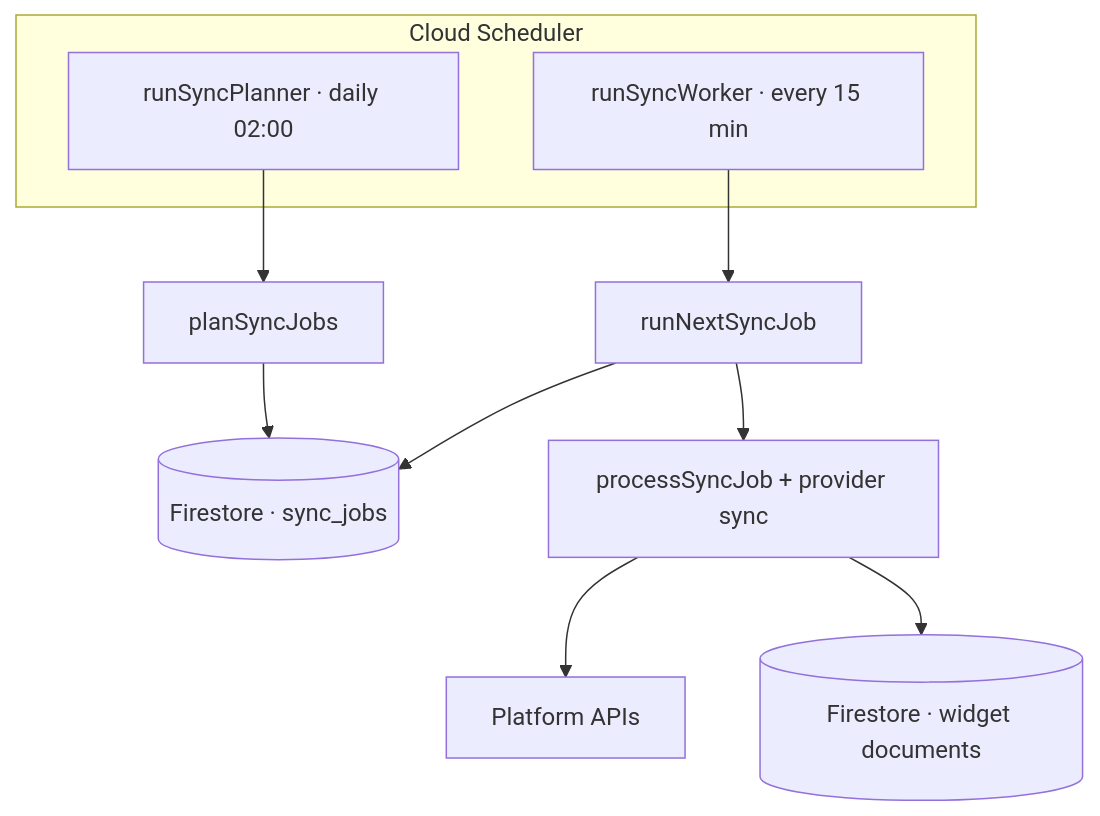
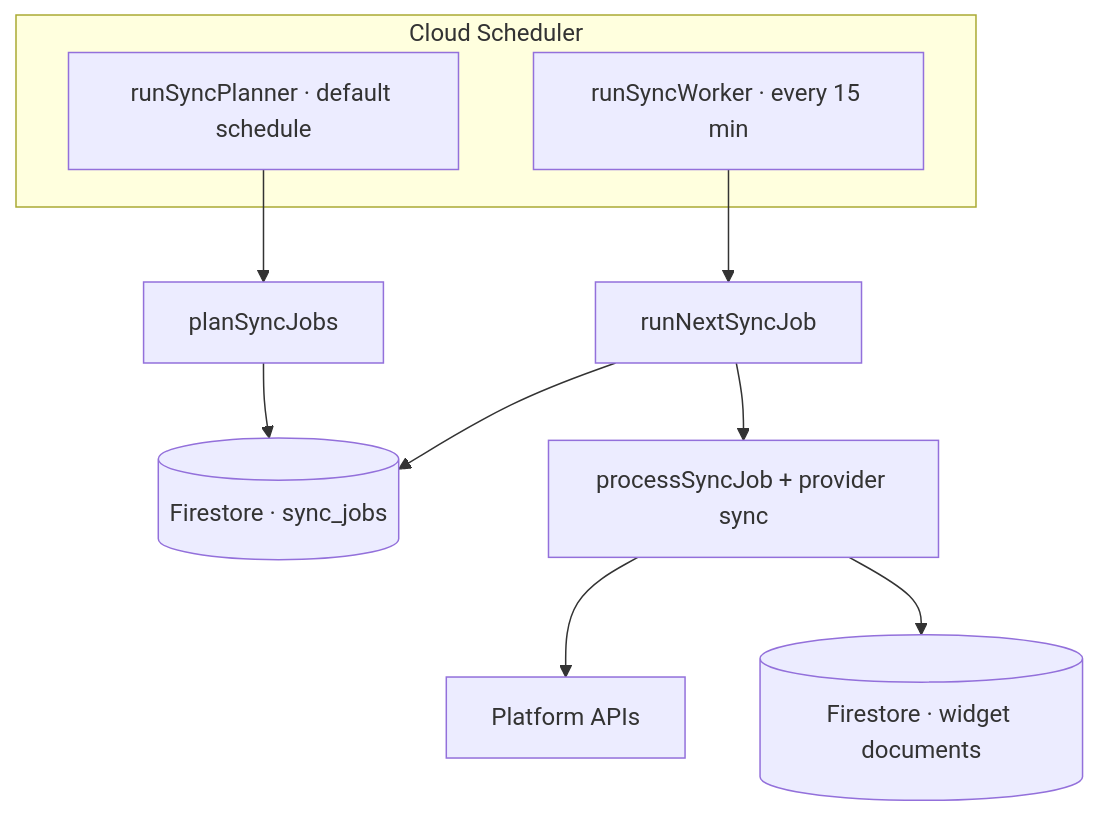
One commit to chrisvogt/metrics changed the second of 3 diagrams in README.md. Above: the diagram before and after it, drawn with Mermaid. The commit also changed other lines of this file, not shown here.

````diff
--- a/README.md
+++ b/README.md
@@ -45,14 +75,14 @@
 ```mermaid
 flowchart TB
   subgraph sched[Cloud Scheduler]
-    p[runSyncPlanner · daily 02:00]
+    p[runSyncPlanner · default schedule]
     w[runSyncWorker · every 15 min]
   end
   p --> plan[planSyncJobs]
   plan --> q[(Firestore · sync_jobs)]
   w --> next[runNextSyncJob]
   next --> q
   next --> job[processSyncJob + provider sync]
   job --> apis[Platform APIs]
   job --> docs[(Firestore · widget documents)]
 ```
````
